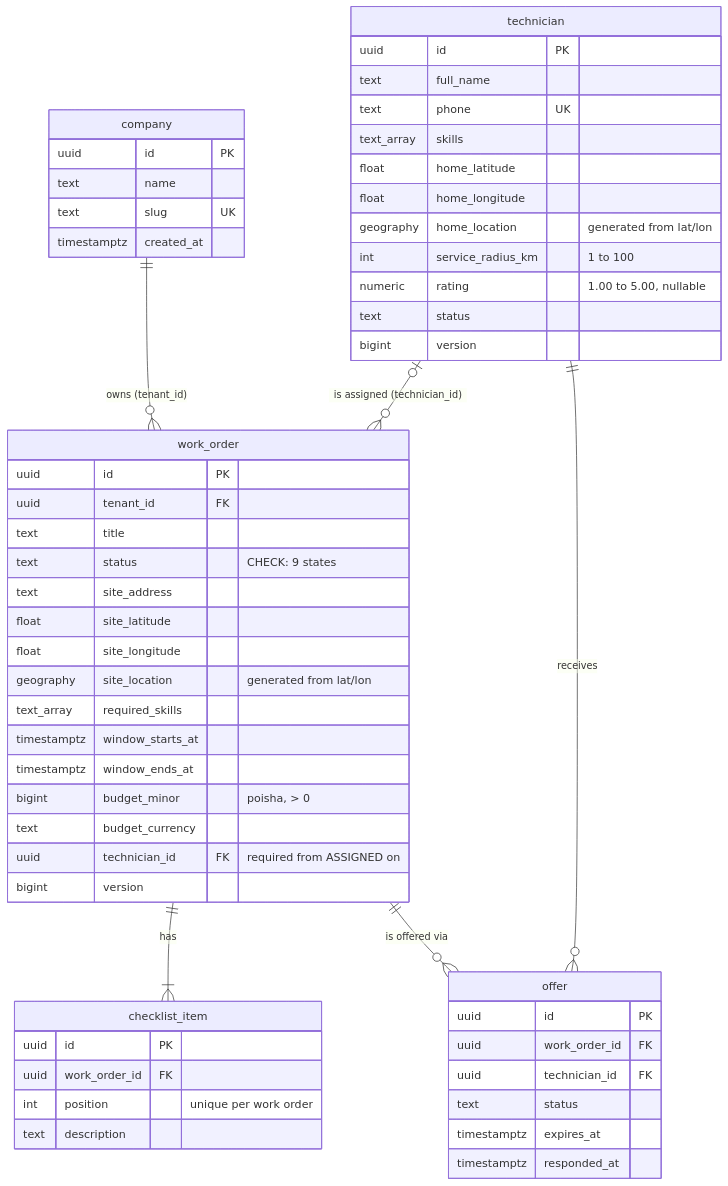
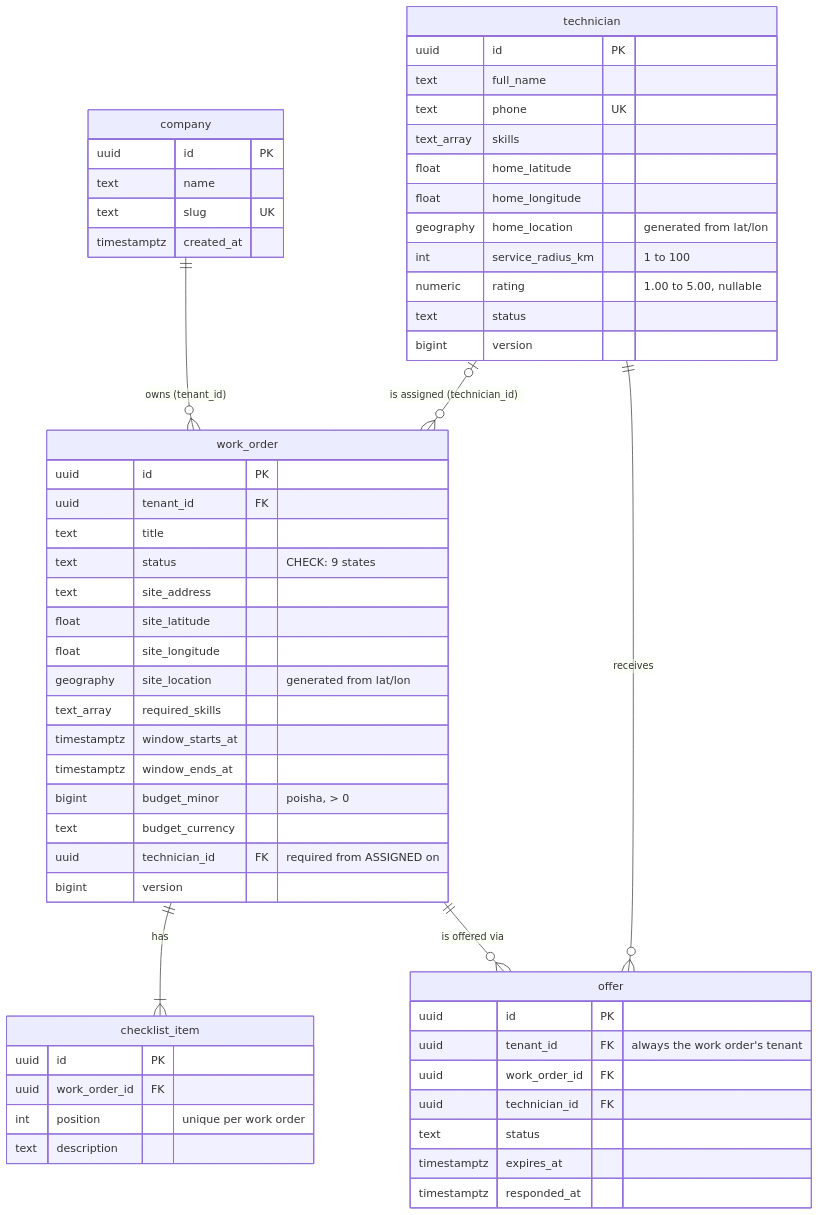
The diagram in docs/diagrams/erd.md (md-rashed-zaman/dispatch-platform), drawn with Mermaid before and after one commit. The commit also changed other lines of this file and 26 other files, not shown here.

````diff
--- a/docs/diagrams/erd.md
+++ b/docs/diagrams/erd.md
@@ -5,59 +5,60 @@
 ```mermaid
 erDiagram
   company ||--o{ work_order : "owns (tenant_id)"
   work_order ||--|{ checklist_item : "has"
   work_order ||--o{ offer : "is offered via"
   technician ||--o{ offer : "receives"
   technician |o--o{ work_order : "is assigned (technician_id)"
 
   company {
     uuid id PK
     text name
     text slug UK
     timestamptz created_at
   }
   technician {
     uuid id PK
     text full_name
     text phone UK
     text_array skills
     float home_latitude
     float home_longitude
     geography home_location "generated from lat/lon"
     int service_radius_km "1 to 100"
     numeric rating "1.00 to 5.00, nullable"
     text status
     bigint version
   }
   work_order {
     uuid id PK
     uuid tenant_id FK
     text title
     text status "CHECK: 9 states"
     text site_address
     float site_latitude
     float site_longitude
     geography site_location "generated from lat/lon"
     text_array required_skills
     timestamptz window_starts_at
     timestamptz window_ends_at
     bigint budget_minor "poisha, > 0"
     text budget_currency
     uuid technician_id FK "required from ASSIGNED on"
     bigint version
   }
   checklist_item {
     uuid id PK
     uuid work_order_id FK
     int position "unique per work order"
     text description
   }
   offer {
     uuid id PK
+    uuid tenant_id FK "always the work order's tenant"
     uuid work_order_id FK
     uuid technician_id FK
     text status
     timestamptz expires_at
     timestamptz responded_at
   }
 ```
````
